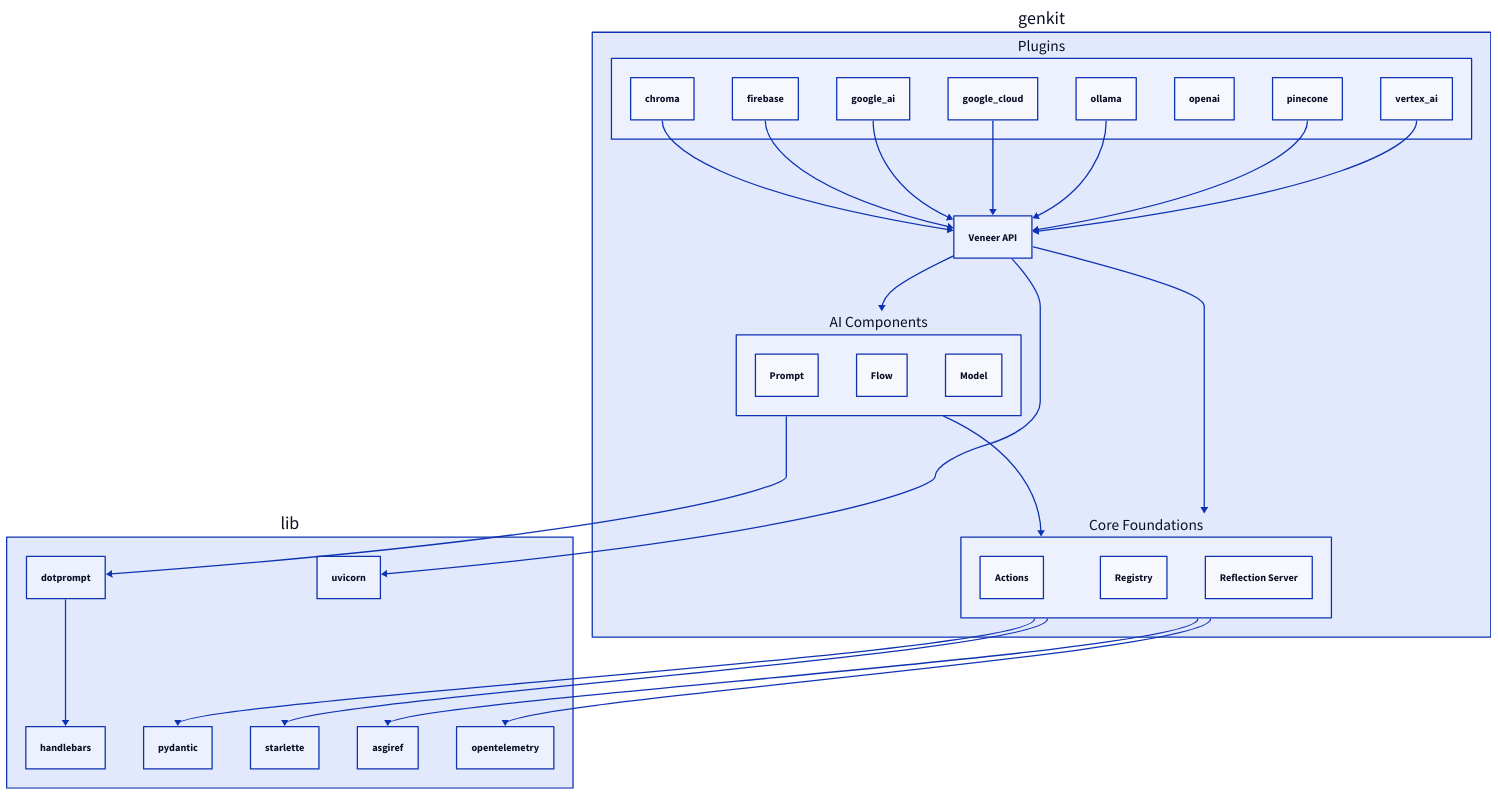
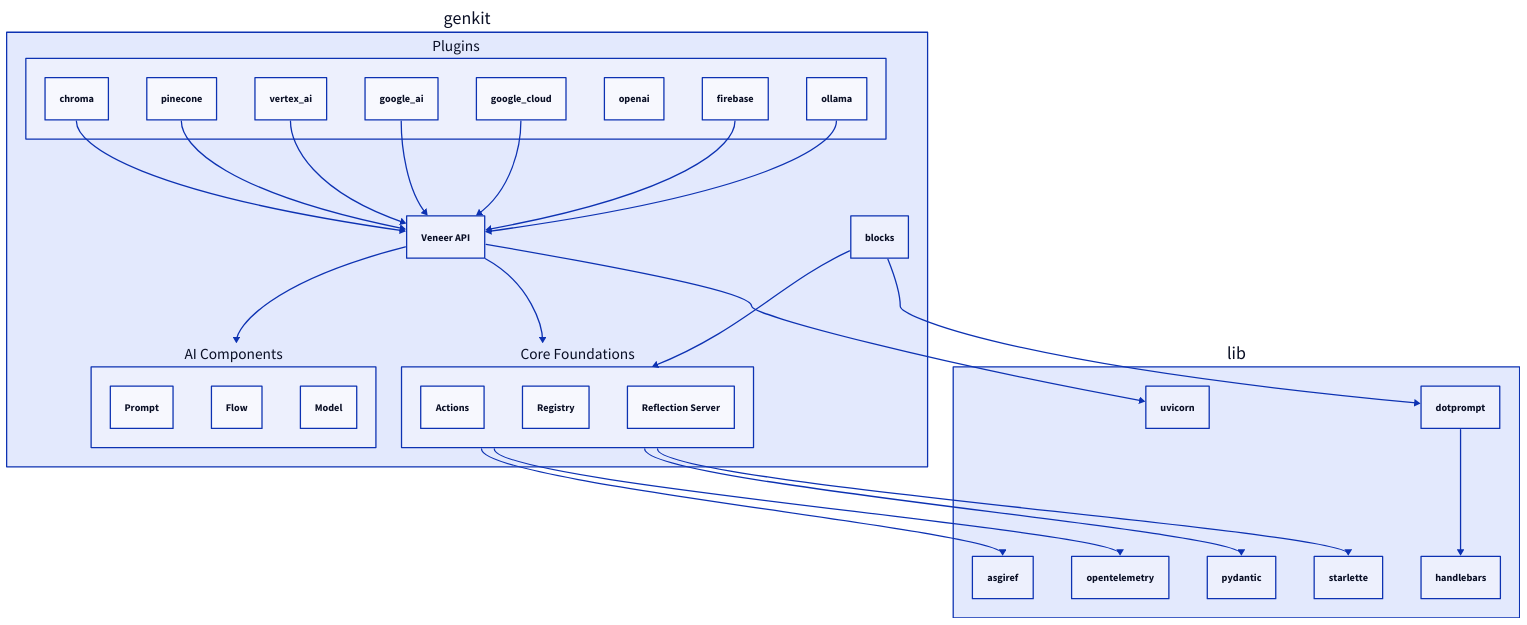
Before and after one commit to genkit-ai/genkit-python: the first of 2 diagrams in engdoc/extending/index.md, drawn with D2. The commit also changed 54 other files, not shown here.

Commit message:
refactor(py/genkit): genkit.ai -> genkit.blocks; genkit.veneer -> genkit.ai (#2426)

````diff
--- a/engdoc/extending/index.md
+++ b/engdoc/extending/index.md
@@ -20,53 +20,53 @@
 ```d2
 genkit: {
   veneer: Veneer API
   ai: AI Components {
     prompt: Prompt
     flow: Flow
     model: Model
   }
   core: Core Foundations {
     actions: Actions
     registry: Registry
     reflection_server: Reflection Server
   }
   plugins: Plugins {
     chroma
     pinecone
     vertex_ai
     google_ai
     google_cloud
     openai
     firebase
     ollama
   }
 }
 
 lib: {
   handlebars
   dotprompt
   pydantic
   starlette
   asgiref
   uvicorn
   opentelemetry
 }
 
-genkit.ai -> genkit.core
-genkit.ai -> lib.dotprompt
+genkit.blocks -> genkit.core
+genkit.blocks -> lib.dotprompt
 genkit.core -> lib.asgiref
 genkit.core -> lib.opentelemetry
 genkit.core -> lib.pydantic
 genkit.core -> lib.starlette
 genkit.plugins.chroma -> genkit.veneer
 genkit.plugins.firebase -> genkit.veneer
 genkit.plugins.google_ai -> genkit.veneer
 genkit.plugins.google_cloud -> genkit.veneer
 genkit.plugins.ollama -> genkit.veneer
 genkit.plugins.pinecone -> genkit.veneer
 genkit.plugins.vertex_ai -> genkit.veneer
 genkit.veneer -> genkit.ai
 genkit.veneer -> genkit.core
 genkit.veneer -> lib.uvicorn
 lib.dotprompt -> lib.handlebars
 ```
````
